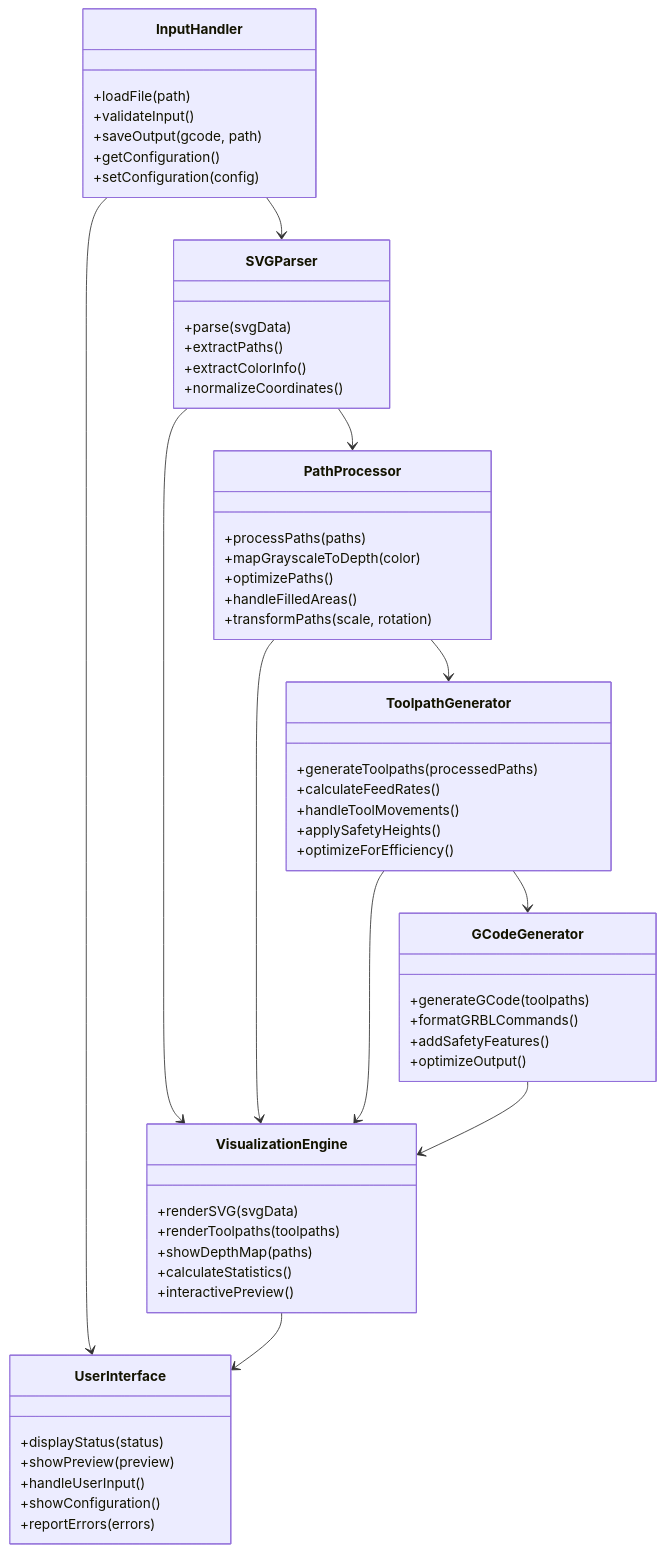
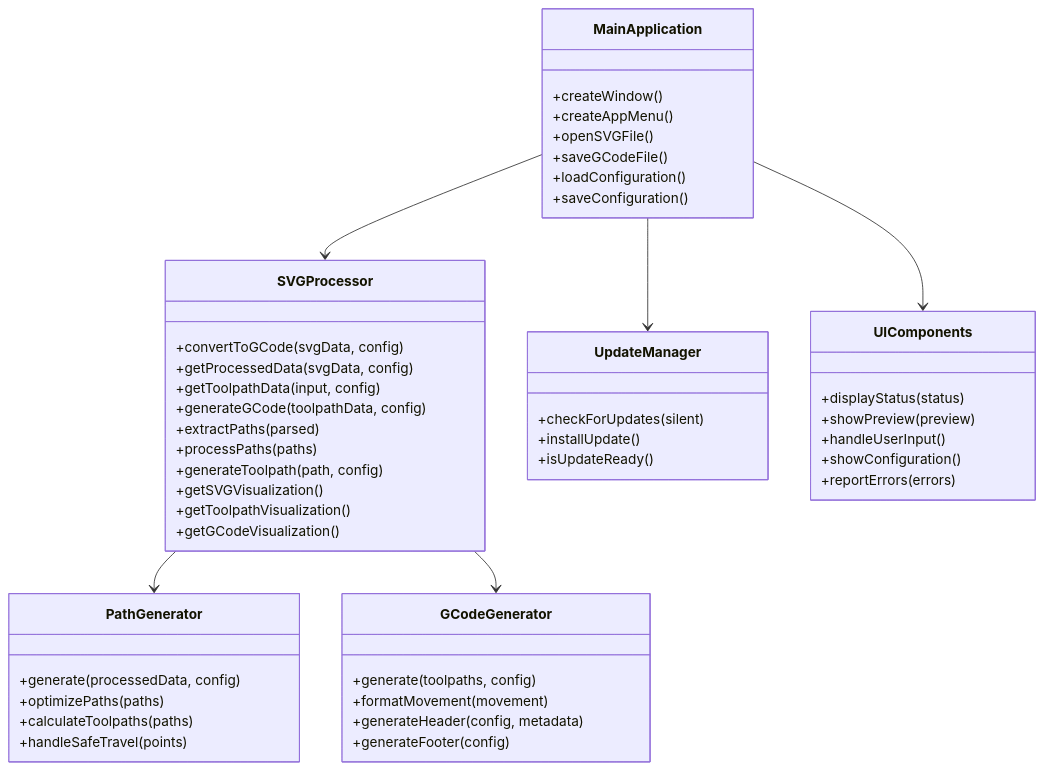
One commit to paulkrix/svgtogcode changed the second of 3 diagrams in docs/architecture_design.md. Above: the diagram before and after it, drawn with Mermaid. The commit also changed other lines of this file and 35 other files, not shown here.

Commit message:
Fix teardrop path processing in SVG to GCode conversion

````diff
--- a/docs/architecture_design.md
+++ b/docs/architecture_design.md
@@ -153,68 +119,58 @@
 ```mermaid
 classDiagram
-    class InputHandler {
-        +loadFile(path)
-        +validateInput()
-        +saveOutput(gcode, path)
-        +getConfiguration()
-        +setConfiguration(config)
+    class MainApplication {
+        +createWindow()
+        +createAppMenu()
+        +openSVGFile()
+        +saveGCodeFile()
+        +loadConfiguration()
+        +saveConfiguration()
     }
     
-    class SVGParser {
-        +parse(svgData)
-        +extractPaths()
-        +extractColorInfo()
-        +normalizeCoordinates()
+    class SVGProcessor {
+        +convertToGCode(svgData, config)
+        +getProcessedData(svgData, config)
+        +getToolpathData(input, config)
+        +generateGCode(toolpathData, config)
+        +extractPaths(parsed)
+        +processPaths(paths)
+        +generateToolpath(path, config)
+        +getSVGVisualization()
+        +getToolpathVisualization()
+        +getGCodeVisualization()
     }
     
-    class PathProcessor {
-        +processPaths(paths)
-        +mapGrayscaleToDepth(color)
-        +optimizePaths()
-        +handleFilledAreas()
-        +transformPaths(scale, rotation)
-    }
-    
-    class ToolpathGenerator {
-        +generateToolpaths(processedPaths)
-        +calculateFeedRates()
-        +handleToolMovements()
-        +applySafetyHeights()
-        +optimizeForEfficiency()
+    class PathGenerator {
+        +generate(processedData, config)
+        +optimizePaths(paths)
+        +calculateToolpaths(paths)
+        +handleSafeTravel(points)
     }
     
     class GCodeGenerator {
-        +generateGCode(toolpaths)
-        +formatGRBLCommands()
-        +addSafetyFeatures()
-        +optimizeOutput()
+        +generate(toolpaths, config)
+        +formatMovement(movement)
+        +generateHeader(config, metadata)
+        +generateFooter(config)
     }
     
-    class VisualizationEngine {
-        +renderSVG(svgData)
-        +renderToolpaths(toolpaths)
-        +showDepthMap(paths)
-        +calculateStatistics()
-        +interactivePreview()
+    class UpdateManager {
+        +checkForUpdates(silent)
+        +installUpdate()
+        +isUpdateReady()
     }
     
-    class UserInterface {
+    class UIComponents {
         +displayStatus(status)
         +showPreview(preview)
         +handleUserInput()
         +showConfiguration()
         +reportErrors(errors)
     }
     
-    InputHandler --> SVGParser
-    SVGParser --> PathProcessor
-    PathProcessor --> ToolpathGenerator
-    ToolpathGenerator --> GCodeGenerator
-    
-    InputHandler --> UserInterface
-    VisualizationEngine --> UserInterface
-    SVGParser --> VisualizationEngine
-    PathProcessor --> VisualizationEngine
-    ToolpathGenerator --> VisualizationEngine
-    GCodeGenerator --> VisualizationEngine
+    MainApplication --> SVGProcessor
+    MainApplication --> UpdateManager
+    SVGProcessor --> PathGenerator
+    SVGProcessor --> GCodeGenerator
+    MainApplication --> UIComponents
 ```
````
